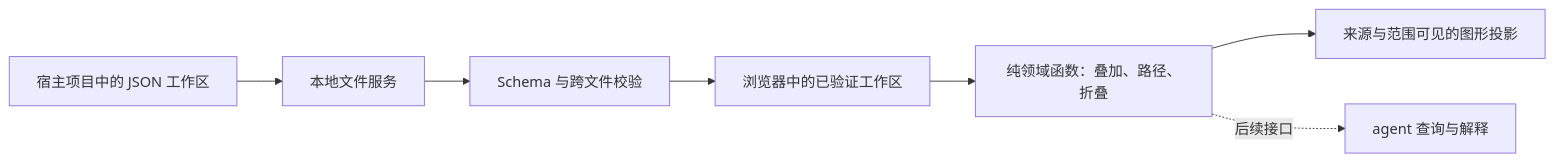
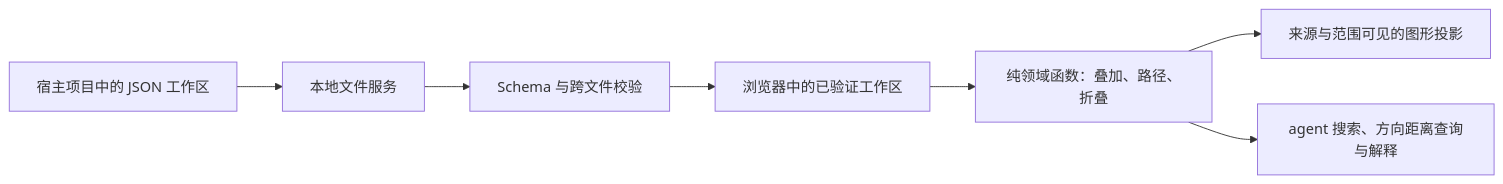
The diagram in docs/架构设计.md (chanyuenpang/mechanics), drawn with Mermaid before and after one commit. The commit also changed other lines of this file and 73 other files, not shown here.

Commit message:
feat: establish game graph routing baseline

````diff
--- a/docs/架构设计.md
+++ b/docs/架构设计.md
@@ -35,9 +38,9 @@
 ```mermaid
 flowchart LR
   A[宿主项目中的 JSON 工作区] --> B[本地文件服务]
   B --> C[Schema 与跨文件校验]
   C --> D[浏览器中的已验证工作区]
   D --> E[纯领域函数：叠加、路径、折叠]
   E --> F[来源与范围可见的图形投影]
-  E -. 后续接口 .-> G[agent 查询与解释]
+  E --> G[agent 搜索、方向距离查询与解释]
 ```
````
